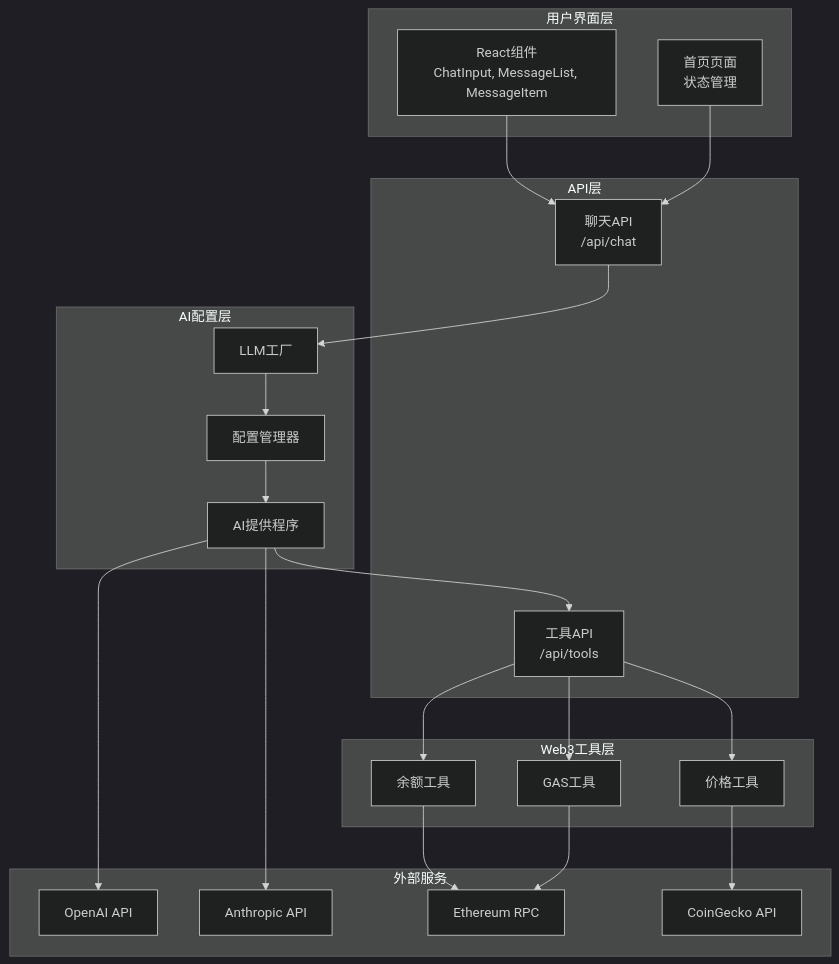
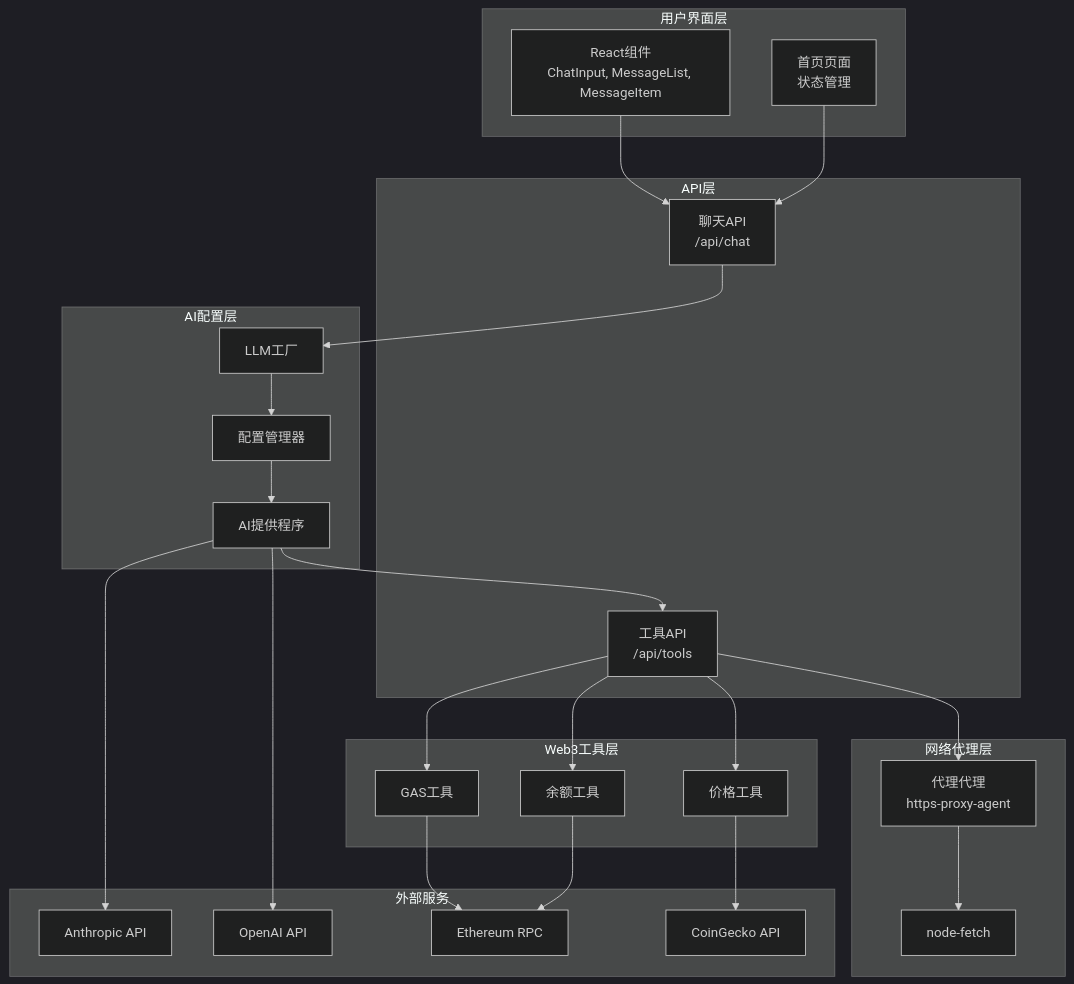
One commit to CryptoLinxu/Web3-AI-Agent changed the fourth of 10 diagrams in .qoder/repowiki/zh/content/项目概述/整体架构概览/AI提供程序集成.md. Above: the diagram before and after it, drawn with Mermaid (dark theme). The commit also changed other lines of this file and 6 other files, not shown here.

````diff
--- a/.qoder/repowiki/zh/content/项目概述/整体架构概览/AI提供程序集成.md
+++ b/.qoder/repowiki/zh/content/项目概述/整体架构概览/AI提供程序集成.md
@@ -199,41 +209,47 @@
 ```mermaid
 graph TD
 subgraph "用户界面层"
 UI[React组件<br/>ChatInput, MessageList, MessageItem]
 HomePage[首页页面<br/>状态管理]
 end
 subgraph "API层"
 ChatAPI[聊天API<br/>/api/chat]
 ToolsAPI[工具API<br/>/api/tools]
 end
 subgraph "AI配置层"
 LLMFactory[LLM工厂]
 ConfigManager[配置管理器]
 Provider[AI提供程序]
 end
 subgraph "Web3工具层"
 PriceTool[价格工具]
 BalanceTool[余额工具]
 GasTool[GAS工具]
 end
+subgraph "网络代理层"
+ProxyAgent[代理代理<br/>https-proxy-agent]
+NodeFetch[node-fetch]
+end
 subgraph "外部服务"
 OpenAI[OpenAI API]
 Anthropic[Anthropic API]
 Ethereum[Ethereum RPC]
 CoinGecko[CoinGecko API]
 end
 UI --> ChatAPI
 HomePage --> ChatAPI
 ChatAPI --> LLMFactory
 LLMFactory --> ConfigManager
 ConfigManager --> Provider
 Provider --> ToolsAPI
+ToolsAPI --> ProxyAgent
+ProxyAgent --> NodeFetch
 ToolsAPI --> PriceTool
 ToolsAPI --> BalanceTool
 ToolsAPI --> GasTool
 PriceTool --> CoinGecko
 BalanceTool --> Ethereum
 GasTool --> Ethereum
 Provider --> OpenAI
 Provider --> Anthropic
 ```
````
